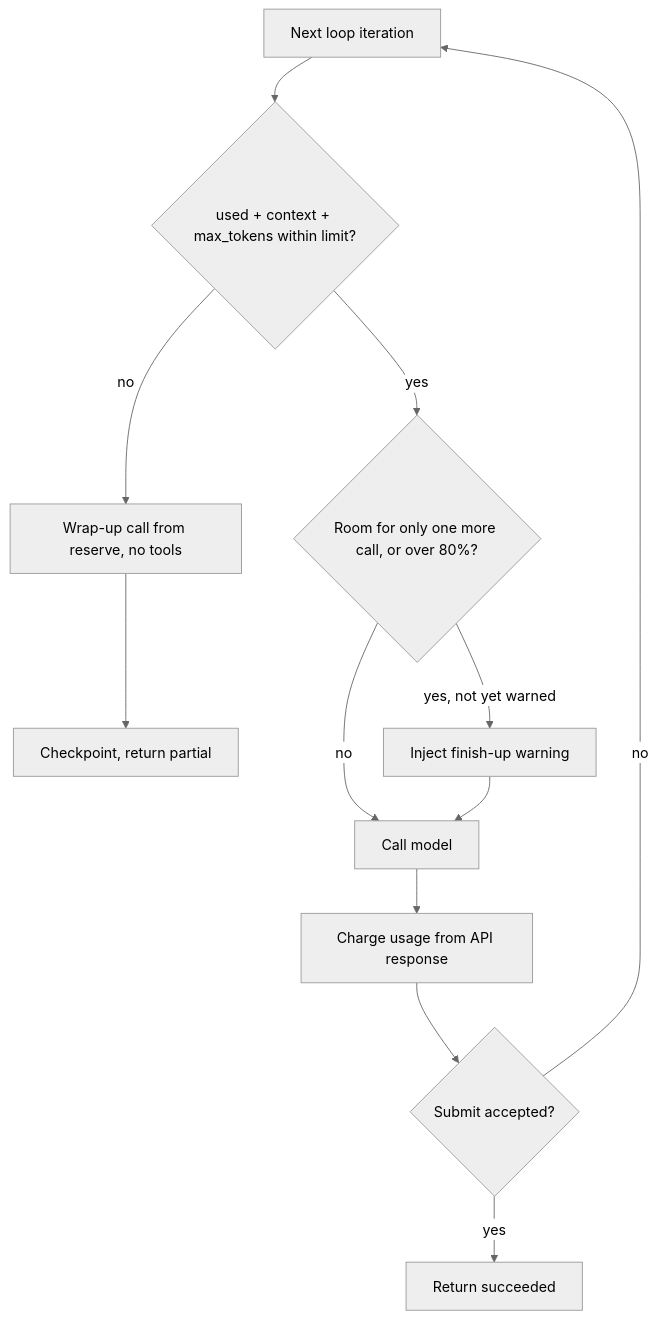
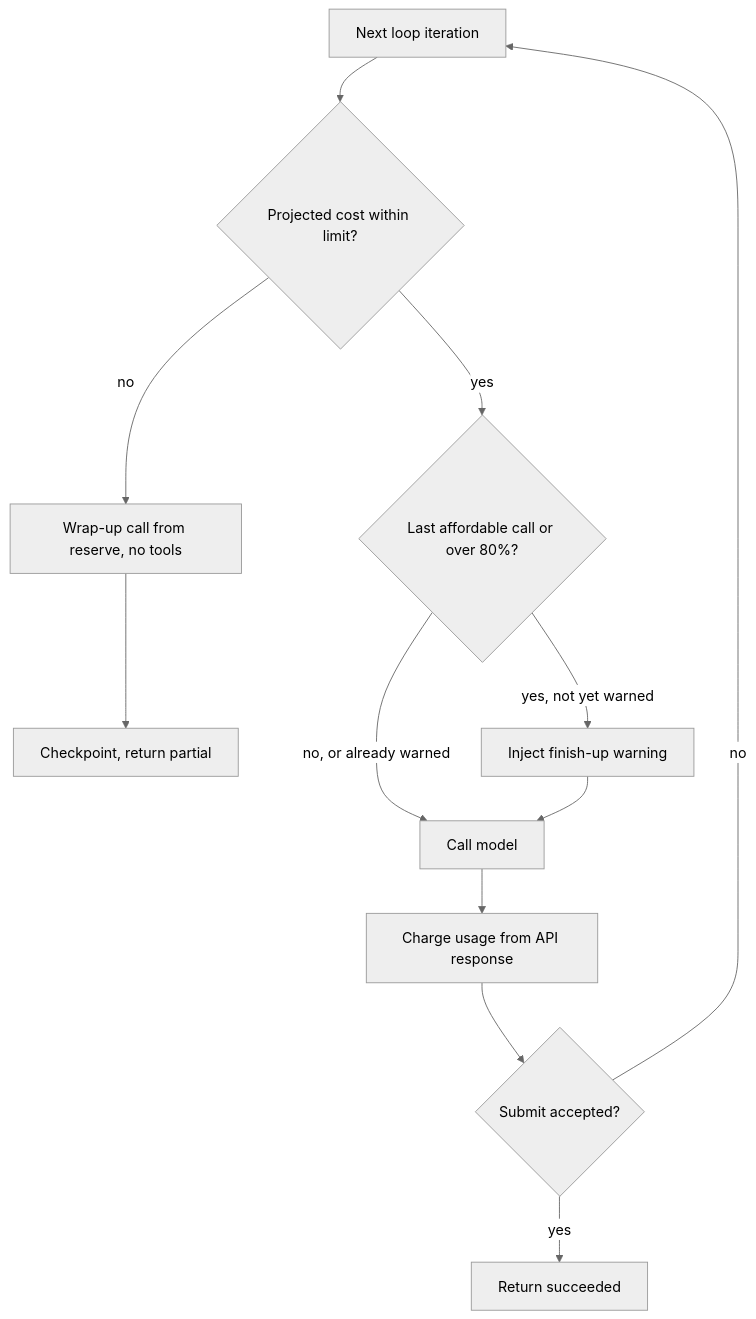
The diagram in content/agent-reliability/max-step-budgets.md (lovishmahajan97/agentic-learning), drawn with Mermaid (neutral theme) before and after one commit. The commit also changed other lines of this file and 454 other files, not shown here.

````diff
--- a/content/agent-reliability/max-step-budgets.md
+++ b/content/agent-reliability/max-step-budgets.md
@@ -128,14 +128,14 @@
 ```mermaid
 flowchart TD
-    S["Next loop iteration"] --> P{"used + context + max_tokens within limit?"}
+    S["Next loop iteration"] --> P{"Projected cost within limit?"}
     P -->|"no"| W["Wrap-up call from reserve, no tools"]
     W --> X["Checkpoint, return partial"]
-    P -->|"yes"| L{"Room for only one more call, or over 80%?"}
+    P -->|"yes"| L{"Last affordable call or over 80%?"}
     L -->|"yes, not yet warned"| N["Inject finish-up warning"]
-    L -->|"no"| M["Call model"]
+    L -->|"no, or already warned"| M["Call model"]
     N --> M
     M --> C["Charge usage from API response"]
     C --> D{"Submit accepted?"}
     D -->|"yes"| OK["Return succeeded"]
     D -->|"no"| S
 ```
````
